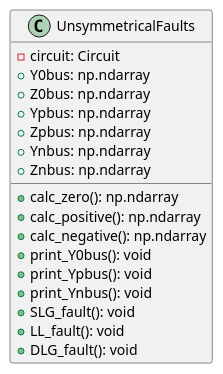
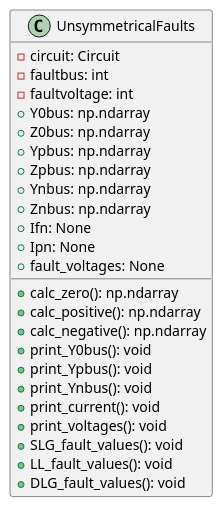
One commit to JLipnerPitt/ECE2774-ADV-POWER-SYSTEMS-ANALYSIS changed the seventh of 19 diagrams in project2.plantuml. Above: the diagram before and after it, drawn with PlantUML. The commit also changed other lines of this file and 1 other file, not shown here.

Commit message:
Updated plantuml diagrams

```diff
--- a/project2.plantuml
+++ b/project2.plantuml
@@ -137,21 +142,28 @@
 @startuml UnsymmetricalFaults
 class UnsymmetricalFaults {
     - circuit: Circuit
+    - faultbus: int
+    - faultvoltage: int
     + Y0bus: np.ndarray
     + Z0bus: np.ndarray
     + Ypbus: np.ndarray
     + Zpbus: np.ndarray
     + Ynbus: np.ndarray
     + Znbus: np.ndarray
+    + Ifn: None
+    + Ipn: None
+    + fault_voltages: None
 
     + calc_zero(): np.ndarray
     + calc_positive(): np.ndarray
     + calc_negative(): np.ndarray
     + print_Y0bus(): void
     + print_Ypbus(): void
     + print_Ynbus(): void
-    + SLG_fault(): void
-    + LL_fault(): void
-    + DLG_fault(): void
+    + print_current(): void
+    + print_voltages(): void
+    + SLG_fault_values(): void
+    + LL_fault_values(): void
+    + DLG_fault_values(): void
 }
 @enduml
```
